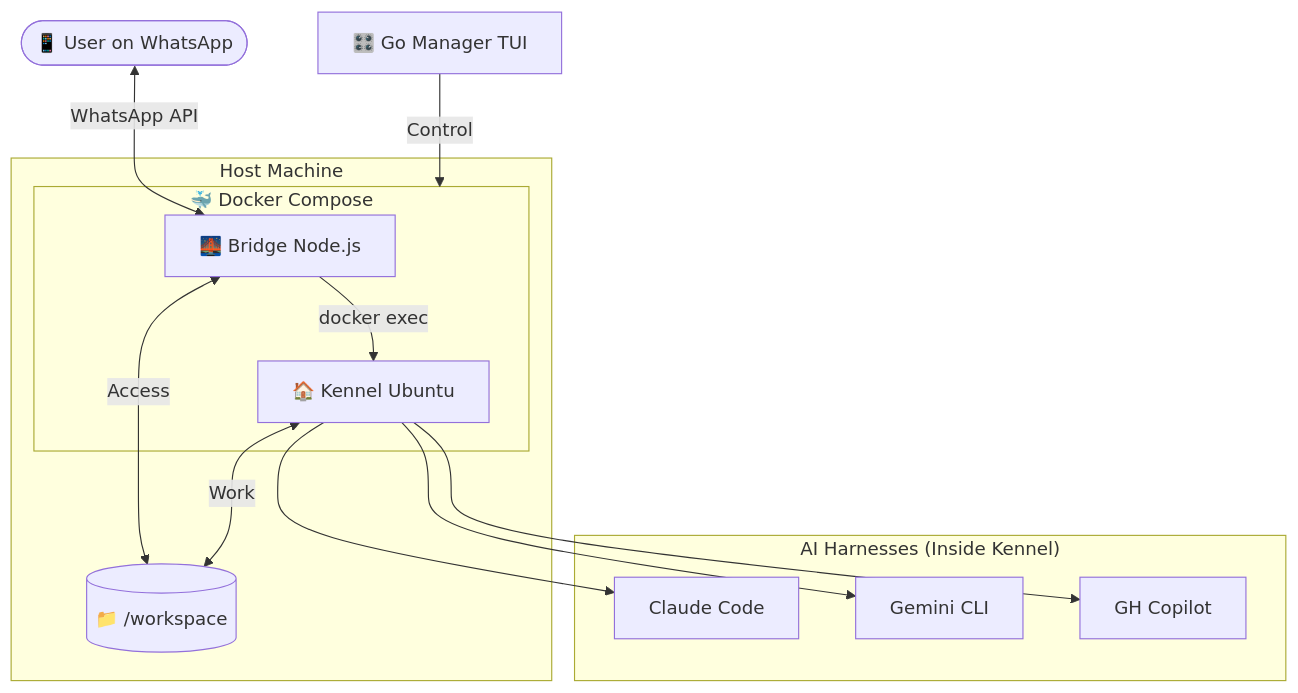
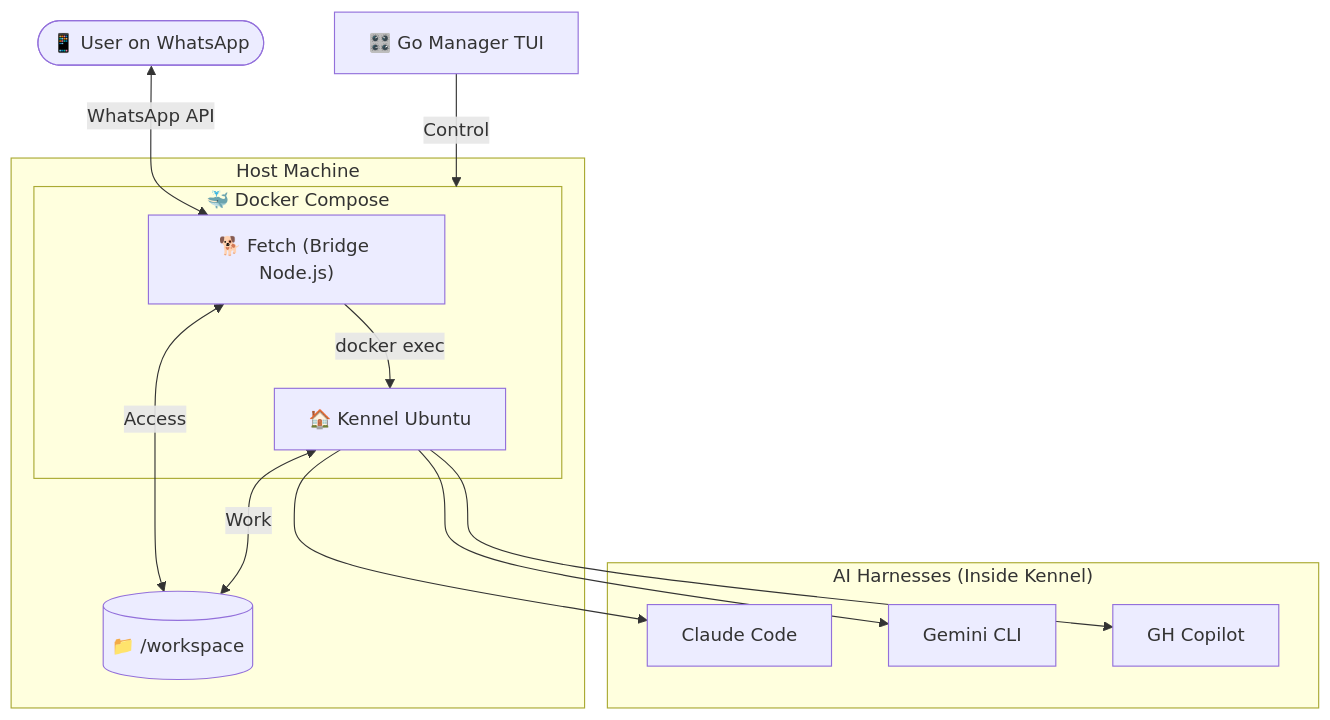
One commit to Traves-Theberge/Fetch changed the first of 3 diagrams in README.md. Above: the diagram before and after it, drawn with Mermaid. The commit also changed other lines of this file, not shown here.

Commit message:
docs: explicitly label in Mermaid diagrams

````diff
--- a/README.md
+++ b/README.md
@@ -26,29 +26,29 @@
 ```mermaid
 graph TD
     User([📱 User on WhatsApp])
     Manager[🎛️ Go Manager TUI]
     
     subgraph Host ["Host Machine"]
         subgraph Docker ["🐳 Docker Compose"]
-            Bridge[🌉 Bridge Node.js]
+            Bridge["🐕 Fetch (Bridge Node.js)"]
             Kennel[🏠 Kennel Ubuntu]
         end
         Workspace[(📁 /workspace)]
     end
 
     User <-->|WhatsApp API| Bridge
     Manager -->|Control| Docker
     Bridge -->|docker exec| Kennel
     Bridge <-->|Access| Workspace
     Kennel <-->|Work| Workspace
     
     subgraph AI ["AI Harnesses (Inside Kennel)"]
         Claude[Claude Code]
         Gemini[Gemini CLI]
         Copilot[GH Copilot]
     end
     
     Kennel --> Claude
     Kennel --> Gemini
     Kennel --> Copilot
 ```
````
